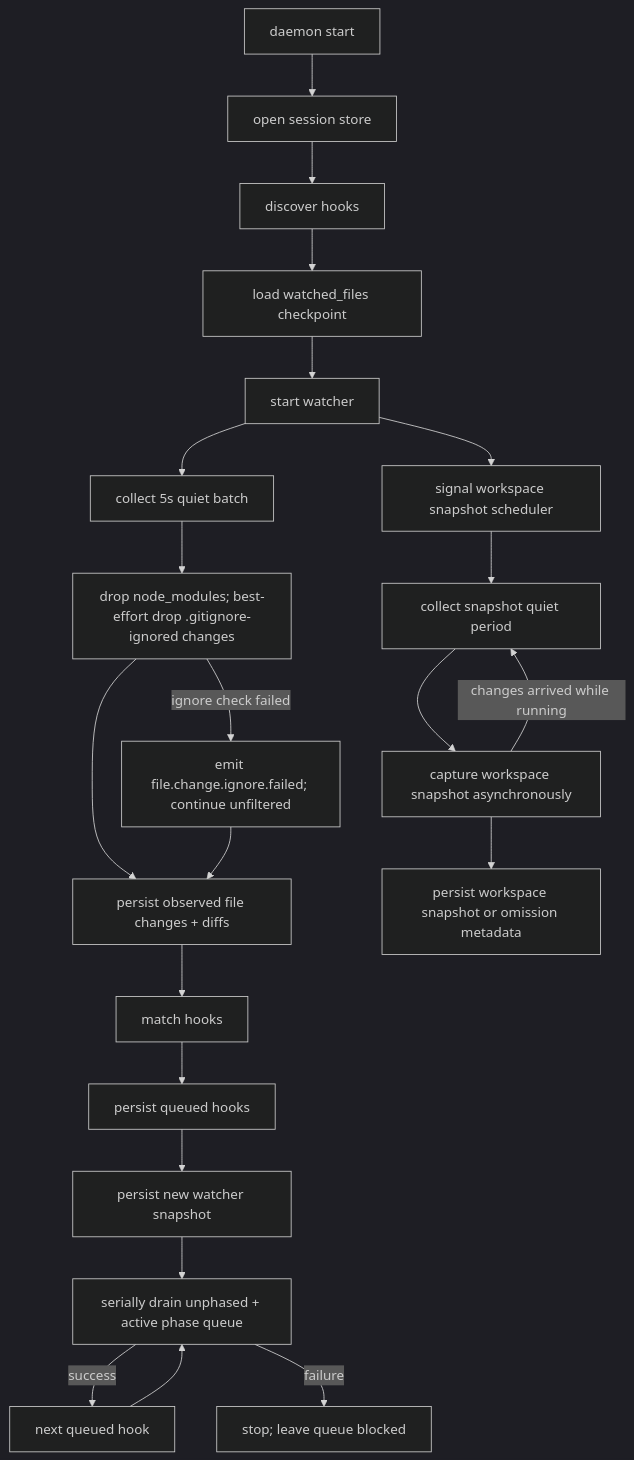
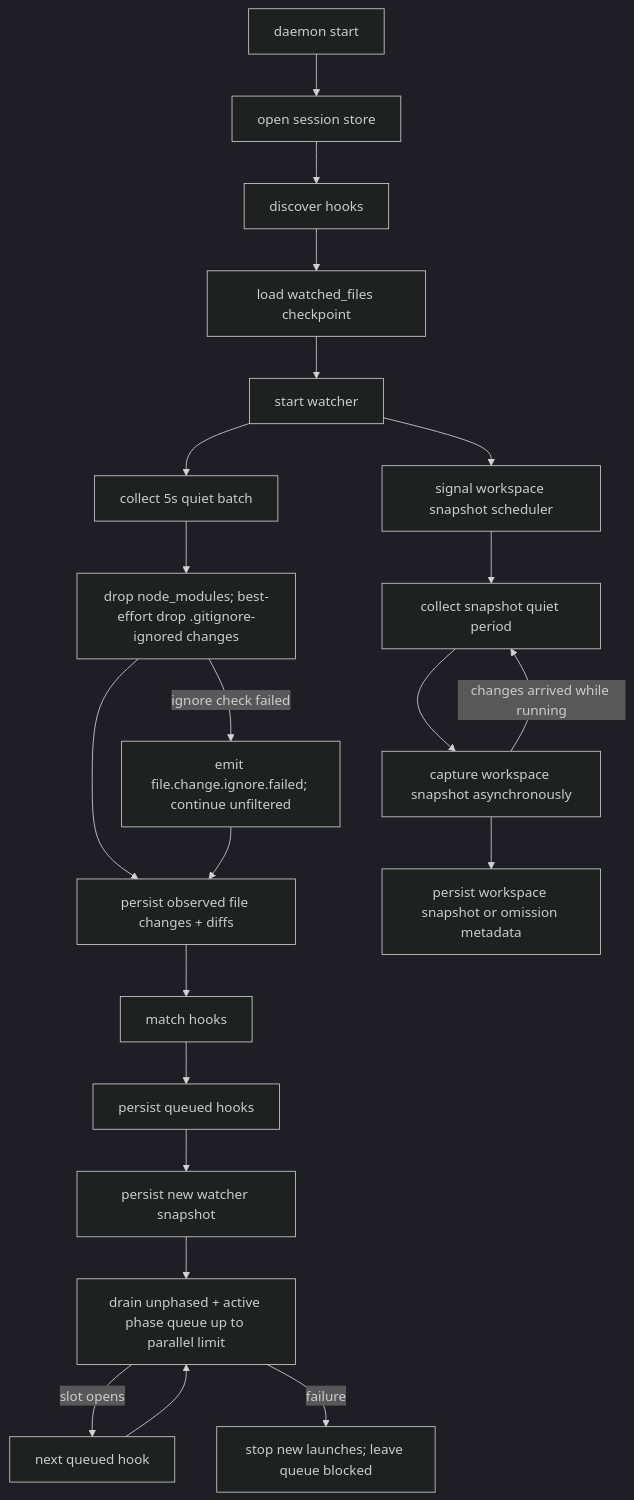
One commit to discobox-ai/discobox changed the diagram in hooks/daemon/DESIGN.md. Above: the diagram before and after it, drawn with Mermaid (dark theme). The commit also changed other lines of this file and 8 other files, not shown here.

````diff
--- a/hooks/daemon/DESIGN.md
+++ b/hooks/daemon/DESIGN.md
@@ -30,24 +31,24 @@
 ```mermaid
 flowchart TD
     start["daemon start"] --> store["open session store"]
     store --> discover["discover hooks"]
     discover --> snapshot["load watched_files checkpoint"]
     snapshot --> watch["start watcher"]
     watch --> debounce["collect 5s quiet batch"]
     watch --> snapSignal["signal workspace snapshot scheduler"]
     debounce --> ignore["drop node_modules; best-effort drop .gitignore-ignored changes"]
     ignore --> changes["persist observed file changes + diffs"]
     ignore -->|"ignore check failed"| ignoreAudit["emit file.change.ignore.failed; continue unfiltered"]
     ignoreAudit --> changes
     changes --> match["match hooks"]
     match --> enqueue["persist queued hooks"]
     enqueue --> checkpoint["persist new watcher snapshot"]
-    checkpoint --> drain["serially drain unphased + active phase queue"]
-    drain -->|"success"| next["next queued hook"]
-    drain -->|"failure"| blocked["stop; leave queue blocked"]
+    checkpoint --> drain["drain unphased + active phase queue up to parallel limit"]
+    drain -->|"slot opens"| next["next queued hook"]
+    drain -->|"failure"| blocked["stop new launches; leave queue blocked"]
     next --> drain
     snapSignal --> snapDebounce["collect snapshot quiet period"]
     snapDebounce --> capture["capture workspace snapshot asynchronously"]
     capture --> snapStore["persist workspace snapshot or omission metadata"]
     capture -->|"changes arrived while running"| snapDebounce
 ```
````
